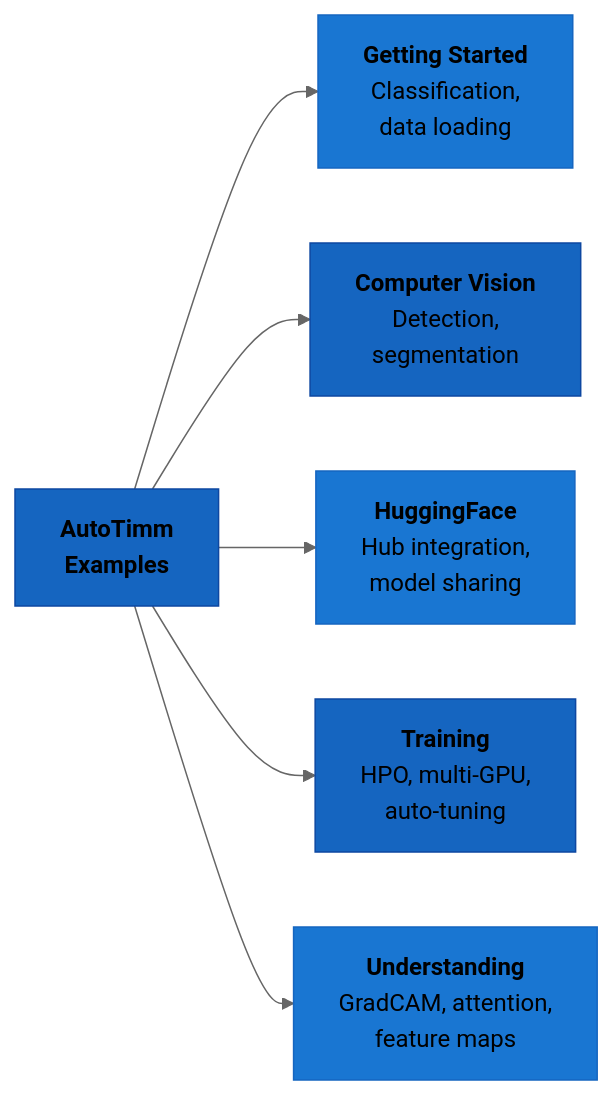
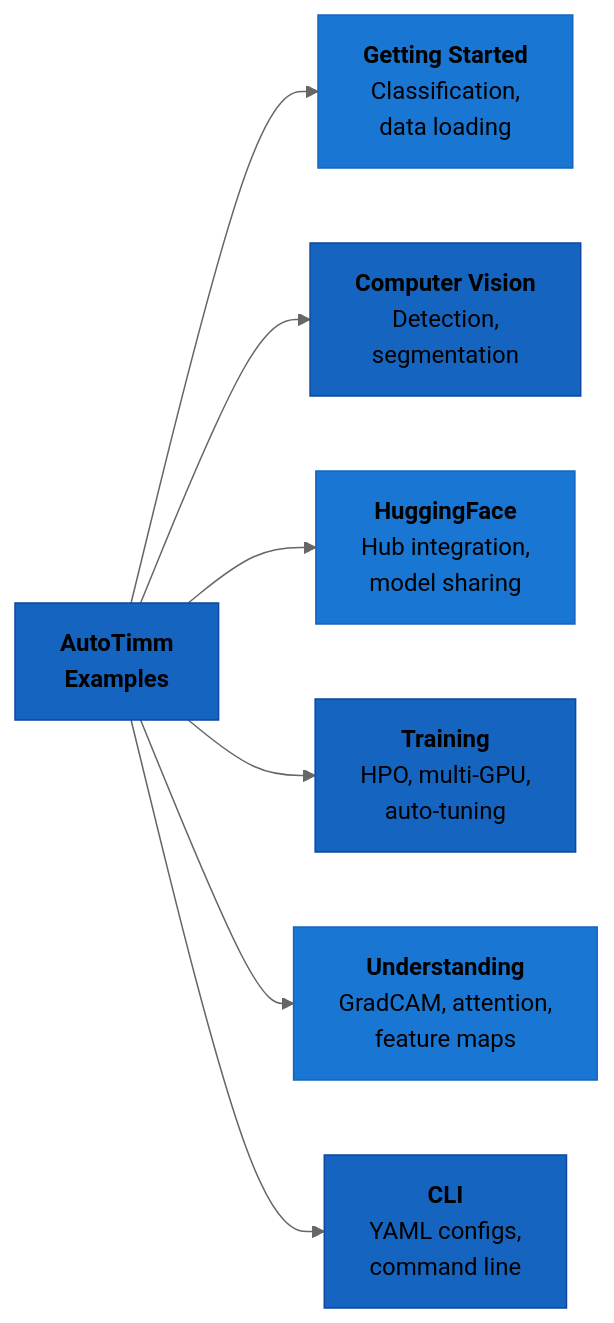
One commit to theja-vanka/AutoTimm changed the diagram in docs/examples/index.md. Above: the diagram before and after it, drawn with Mermaid (neutral theme). The commit also changed other lines of this file and 16 other files, not shown here.

````diff
--- a/docs/examples/index.md
+++ b/docs/examples/index.md
@@ -7,15 +7,17 @@
 ```mermaid
 graph LR
     A[<b>AutoTimm<br/>Examples</b>] --> B[<b>Getting Started</b><br/>Classification,<br/>data loading]
     A --> C[<b>Computer Vision</b><br/>Detection,<br/>segmentation]
     A --> D[<b>HuggingFace</b><br/>Hub integration,<br/>model sharing]
     A --> E[<b>Training</b><br/>HPO, multi-GPU,<br/>auto-tuning]
     A --> F[<b>Understanding</b><br/>GradCAM, attention,<br/>feature maps]
+    A --> G[<b>CLI</b><br/>YAML configs,<br/>command line]
 
     style A fill:#1565C0,stroke:#0D47A1
     style B fill:#1976D2,stroke:#1565C0
     style C fill:#1565C0,stroke:#0D47A1
     style D fill:#1976D2,stroke:#1565C0
     style E fill:#1565C0,stroke:#0D47A1
     style F fill:#1976D2,stroke:#1565C0
+    style G fill:#1565C0,stroke:#0D47A1
 ```
````
